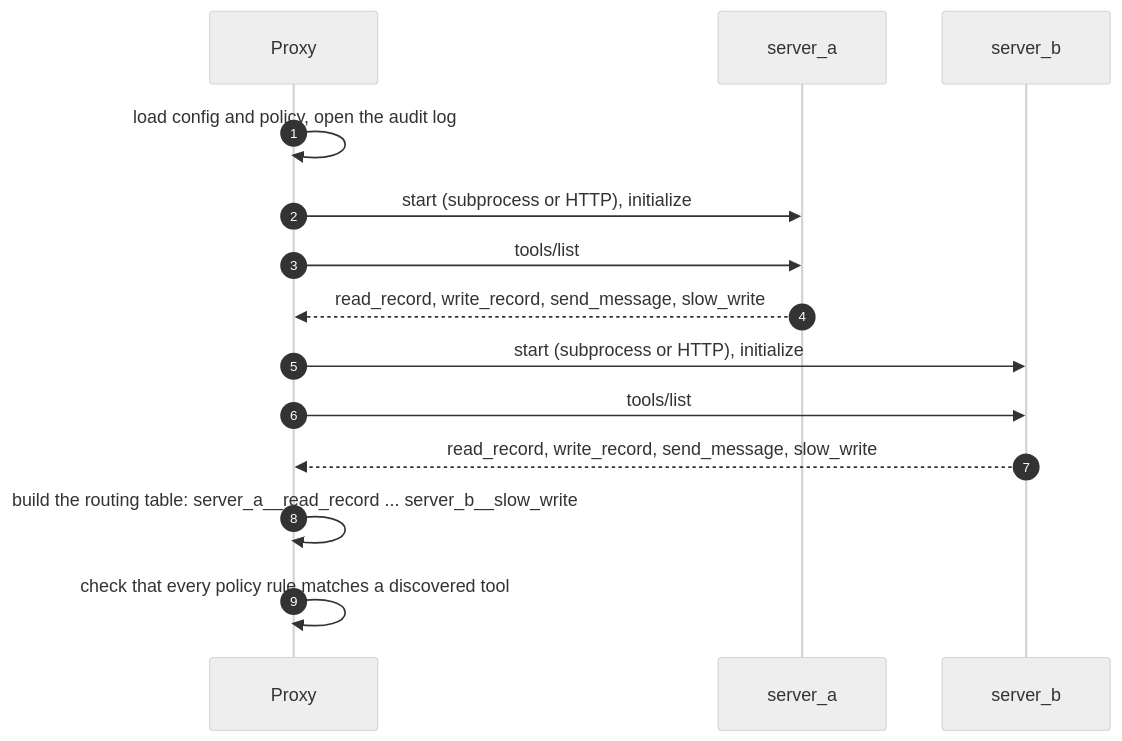
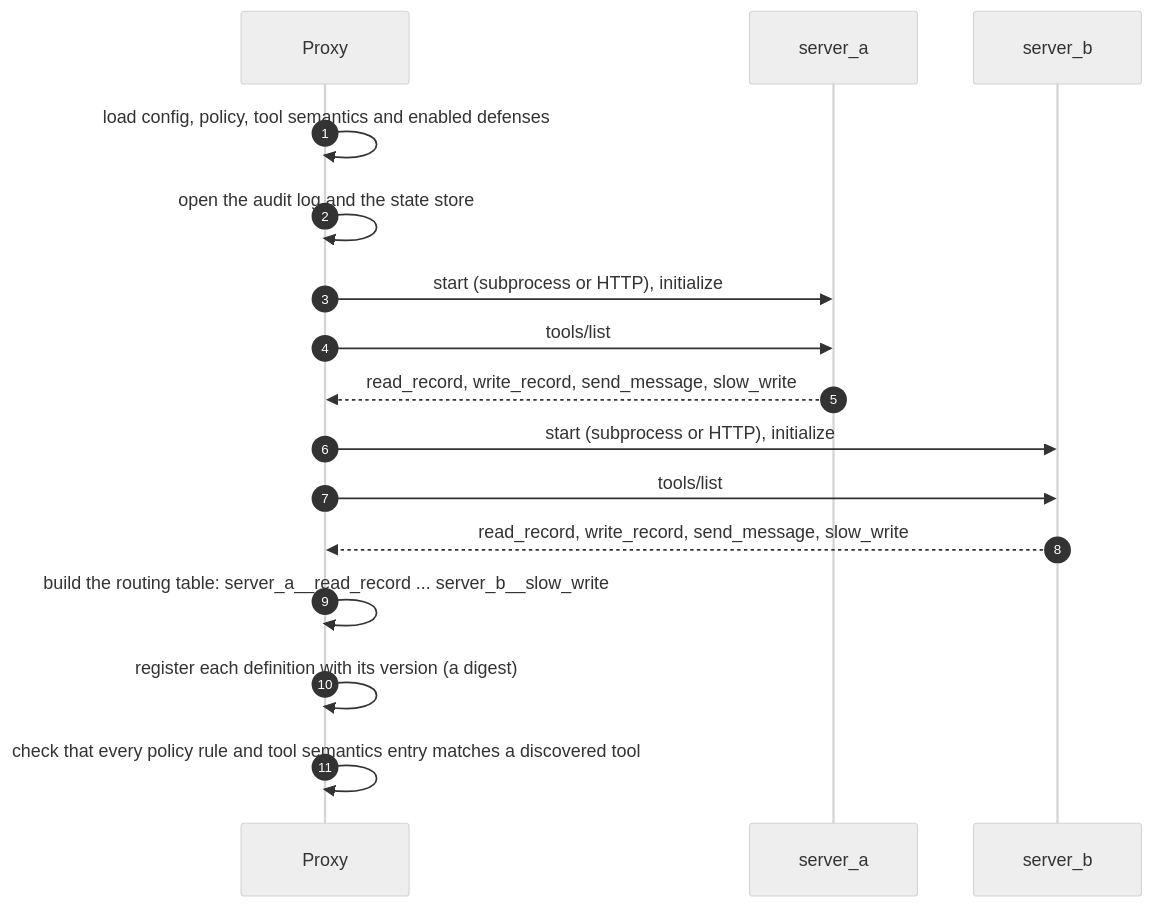
One commit to taha-kahya/mcp-security-proxy changed the first of 4 diagrams in docs/guide/how-it-works.md. Above: the diagram before and after it, drawn with Mermaid (neutral theme). The commit also changed other lines of this file and 4 other files, not shown here.

````diff
--- a/docs/guide/how-it-works.md
+++ b/docs/guide/how-it-works.md
@@ -18,17 +20,19 @@
 ```mermaid
 sequenceDiagram
     autonumber
     participant P as Proxy
     participant SA as server_a
     participant SB as server_b
 
-    P->>P: load config and policy, open the audit log
+    P->>P: load config, policy, tool semantics and enabled defenses
+    P->>P: open the audit log and the state store
     P->>SA: start (subprocess or HTTP), initialize
     P->>SA: tools/list
     SA-->>P: read_record, write_record, send_message, slow_write
     P->>SB: start (subprocess or HTTP), initialize
     P->>SB: tools/list
     SB-->>P: read_record, write_record, send_message, slow_write
     P->>P: build the routing table: server_a__read_record ... server_b__slow_write
-    P->>P: check that every policy rule matches a discovered tool
+    P->>P: register each definition with its version (a digest)
+    P->>P: check that every policy rule and tool semantics entry matches a discovered tool
 ```
````
